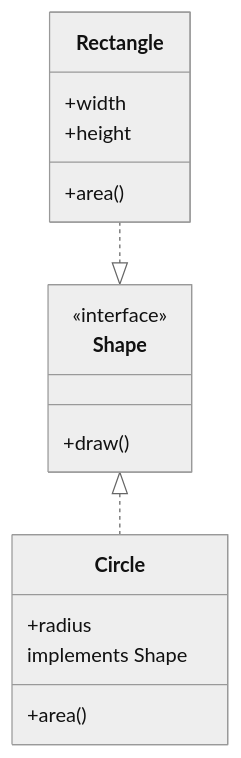
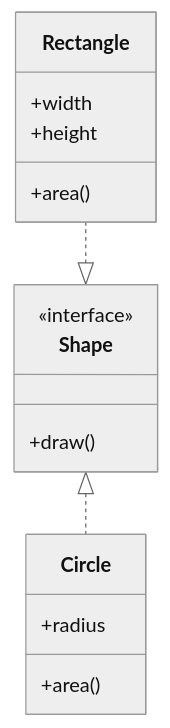
One commit to hgrabows/diagrammer-skills changed diagram 11 of 15 in skills/diagrammer/specs/mermaid/classDiagram.md. Above: the diagram before and after it, drawn with Mermaid (neutral theme). The commit also changed other lines of this file and 25 other files, not shown here.

First line of the commit message:
feat: support Mermaid 12 and add ten diagram types

````diff
--- a/skills/diagrammer/specs/mermaid/classDiagram.md
+++ b/skills/diagrammer/specs/mermaid/classDiagram.md
@@ -170,20 +221,19 @@
 ```mermaid
 classDiagram
     class Shape {
         <<interface>>
         +draw()
     }
     class Circle {
         +radius
         +area()
     }
     class Rectangle {
         +width
         +height
         +area()
     }
-    
+
     Shape <|.. Circle
     Rectangle ..|> Shape
-    Circle : implements Shape
 ```
````
